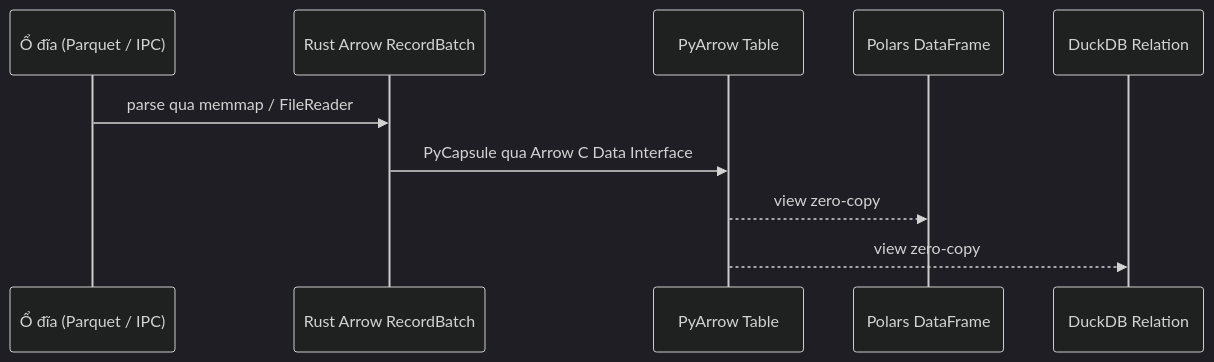
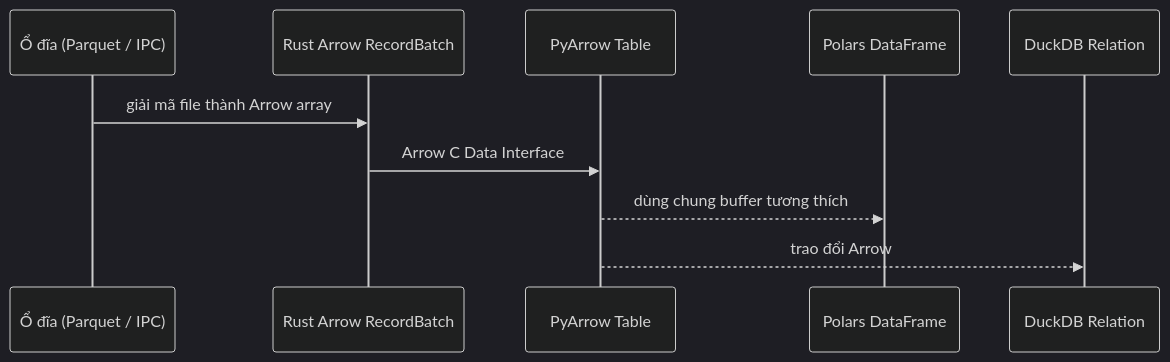
One commit to VanDung-dev/basaltic-red changed the diagram in docs/vi/getting-started/concepts.md. Above: the diagram before and after it, drawn with Mermaid (dark theme). The commit also changed other lines of this file and 33 other files, not shown here.

First line of the commit message:
docs(architecture): refine descriptions of DataFusion readers and Lake Map options

````diff
--- a/docs/vi/getting-started/concepts.md
+++ b/docs/vi/getting-started/concepts.md
@@ -17,13 +17,13 @@
 ```mermaid
 sequenceDiagram
     participant D as Ổ đĩa (Parquet / IPC)
     participant R as Rust Arrow RecordBatch
     participant A as PyArrow Table
     participant PL as Polars DataFrame
     participant DB as DuckDB Relation
 
-    D->>R: parse qua memmap / FileReader
-    R->>A: PyCapsule qua Arrow C Data Interface
-    A-->>PL: view zero-copy
-    A-->>DB: view zero-copy
+    D->>R: giải mã file thành Arrow array
+    R->>A: Arrow C Data Interface
+    A-->>PL: dùng chung buffer tương thích
+    A-->>DB: trao đổi Arrow
 ```
````
